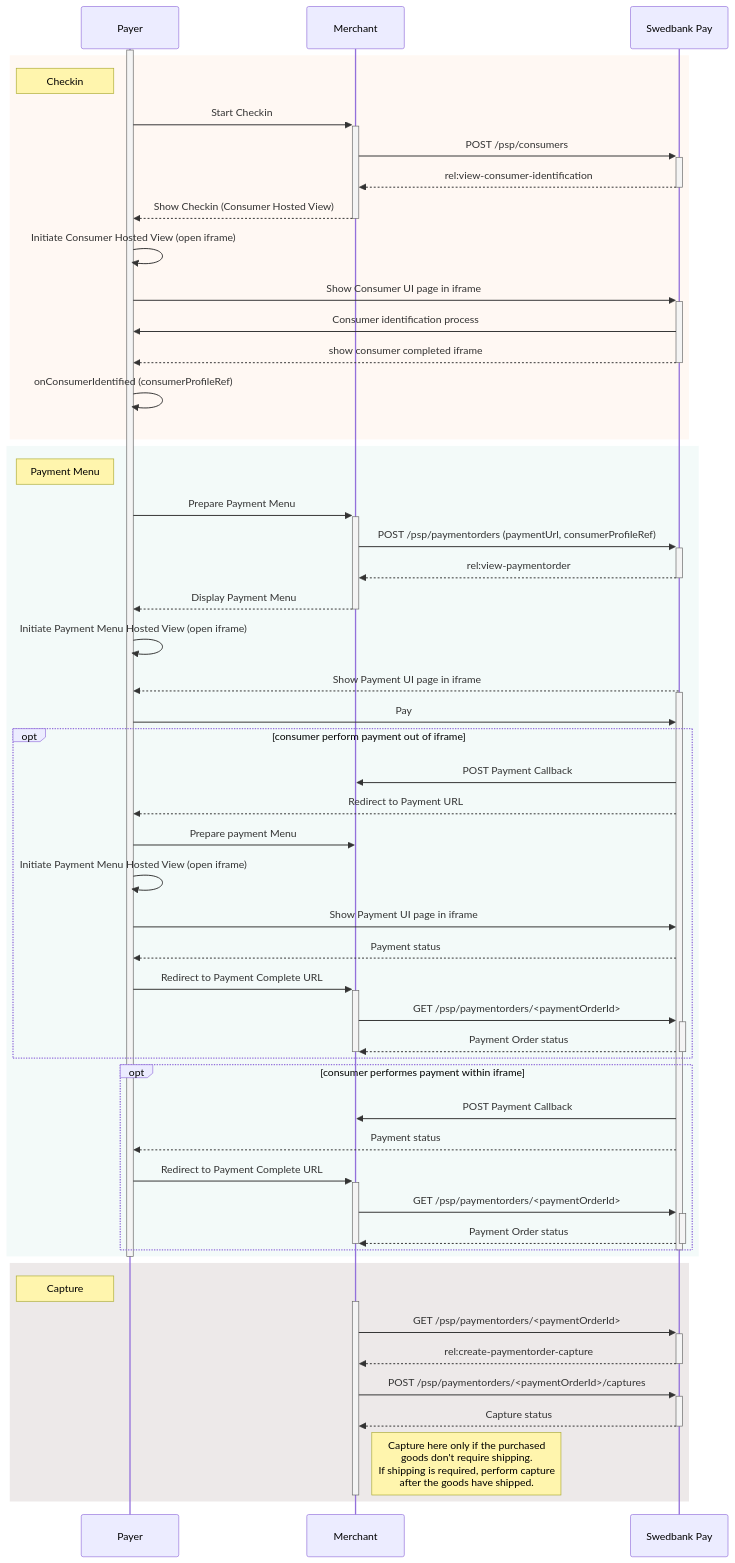
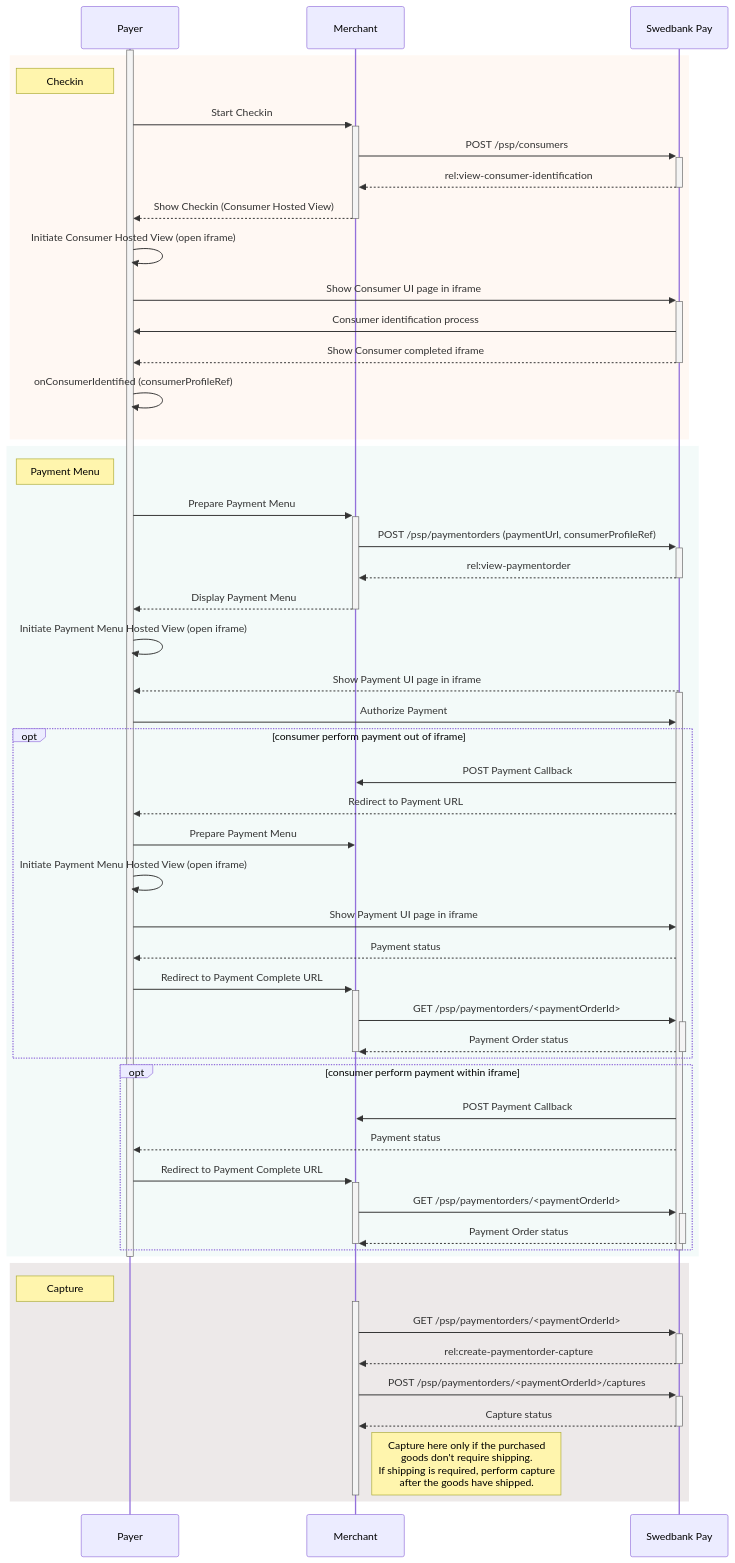
One commit to SwedbankPay/developer.swedbankpay.com changed the diagram in checkout/index.md. Above: the diagram before and after it, drawn with Mermaid.

Commit message:
Fix(index): grammar/spelling and changed from 'pay' to 'authorize'

````diff
--- a/checkout/index.md
+++ b/checkout/index.md
@@ -53,67 +53,68 @@
 ```mermaid
 sequenceDiagram
     participant Payer
     participant Merchant
     participant SwedbankPay as Swedbank Pay
 
     activate Payer
         rect rgba(238, 112, 35, 0.05)
             note left of Payer: Checkin
 
             Payer ->>+ Merchant: Start Checkin
                 Merchant ->>+ SwedbankPay: POST /psp/consumers
                     SwedbankPay -->>- Merchant: rel:view-consumer-identification
                 Merchant -->>- Payer: Show Checkin (Consumer Hosted View)
 
             Payer ->> Payer: Initiate Consumer Hosted View (open iframe)
             Payer ->>+ SwedbankPay: Show Consumer UI page in iframe
                 SwedbankPay ->> Payer: Consumer identification process
-                SwedbankPay -->>- Payer: show consumer completed iframe
+                SwedbankPay -->> Payer: Show Consumer completed iframe
+            deactivate SwedbankPay
             Payer ->> Payer: onConsumerIdentified (consumerProfileRef)
         end
 
         rect rgba(138,205,195,0.1)
             note left of Payer: Payment Menu
             Payer ->>+ Merchant: Prepare Payment Menu
                 Merchant ->>+ SwedbankPay: POST /psp/paymentorders (paymentUrl, consumerProfileRef)
                     SwedbankPay -->>- Merchant: rel:view-paymentorder
                 Merchant -->>- Payer: Display Payment Menu
             Payer ->> Payer: Initiate Payment Menu Hosted View (open iframe)
             SwedbankPay -->> Payer: Show Payment UI page in iframe
             activate SwedbankPay
-                Payer ->> SwedbankPay: Pay
+                Payer ->> SwedbankPay: Authorize Payment
                 opt consumer perform payment out of iframe
                     SwedbankPay ->> Merchant: POST Payment Callback
                     SwedbankPay -->> Payer: Redirect to Payment URL
-                    Payer ->> Merchant: Prepare payment Menu
+                    Payer ->> Merchant: Prepare Payment Menu
                     Payer ->> Payer: Initiate Payment Menu Hosted View (open iframe)
                     Payer ->> SwedbankPay: Show Payment UI page in iframe
                     SwedbankPay -->> Payer: Payment status
                     Payer ->>+ Merchant: Redirect to Payment Complete URL
                         Merchant ->>+ SwedbankPay: GET /psp/paymentorders/<paymentOrderId>
                             SwedbankPay -->>- Merchant: Payment Order status
                     deactivate Merchant
                 end
-                opt consumer performes payment within iframe
+                opt consumer perform payment within iframe
                     SwedbankPay ->> Merchant: POST Payment Callback
                     SwedbankPay -->> Payer: Payment status
                     Payer ->>+ Merchant: Redirect to Payment Complete URL
                         Merchant ->>+ SwedbankPay: GET /psp/paymentorders/<paymentOrderId>
                             SwedbankPay -->>- Merchant: Payment Order status
                     deactivate Merchant
                 end
             deactivate SwedbankPay
         end
     deactivate Payer
 
     rect rgba(81,43,43,0.1)
         note left of Payer: Capture
         activate Merchant
             Merchant ->>+ SwedbankPay: GET /psp/paymentorders/<paymentOrderId>
                 SwedbankPay -->>- Merchant: rel:create-paymentorder-capture
             Merchant ->>+ SwedbankPay: POST /psp/paymentorders/<paymentOrderId>/captures
                 SwedbankPay -->>- Merchant: Capture status
             note right of Merchant: Capture here only if the purchased<br/>goods don't require shipping.<br/>If shipping is required, perform capture<br/>after the goods have shipped.
         deactivate Merchant
     end
 ```
````
